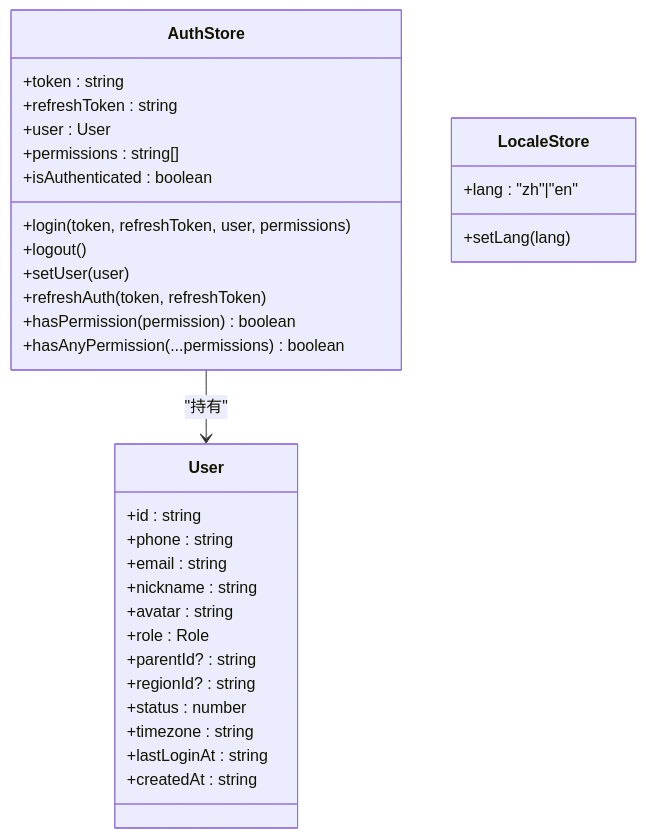
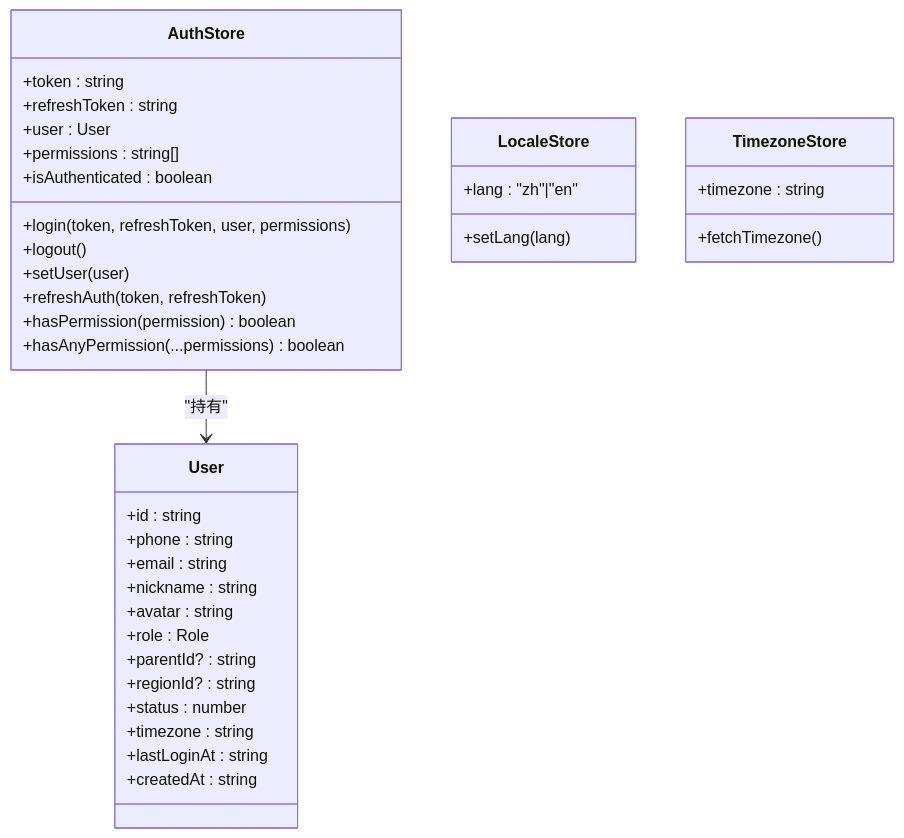
Before and after one commit to mcmrzy/cs_inv_monitor-develop: diagram 12 of 14 in .qoder/repowiki/zh/content/管理后台前端/管理后台前端.md, drawn with Mermaid. The commit also changed other lines of this file and 28 other files, not shown here.

````diff
--- a/.qoder/repowiki/zh/content/管理后台前端/管理后台前端.md
+++ b/.qoder/repowiki/zh/content/管理后台前端/管理后台前端.md
@@ -402,35 +577,39 @@
 ```mermaid
 classDiagram
 class AuthStore {
 +token : string
 +refreshToken : string
 +user : User
 +permissions : string[]
 +isAuthenticated : boolean
 +login(token, refreshToken, user, permissions)
 +logout()
 +setUser(user)
 +refreshAuth(token, refreshToken)
 +hasPermission(permission) boolean
 +hasAnyPermission(...permissions) boolean
 }
 class LocaleStore {
 +lang : "zh"|"en"
 +setLang(lang)
 }
+class TimezoneStore {
++timezone : string
++fetchTimezone()
+}
 class User {
 +id : string
 +phone : string
 +email : string
 +nickname : string
 +avatar : string
 +role : Role
 +parentId? : string
 +regionId? : string
 +status : number
 +timezone : string
 +lastLoginAt : string
 +createdAt : string
 }
 AuthStore --> User : "持有"
 ```
````
